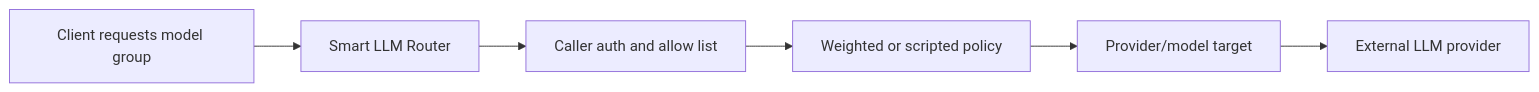
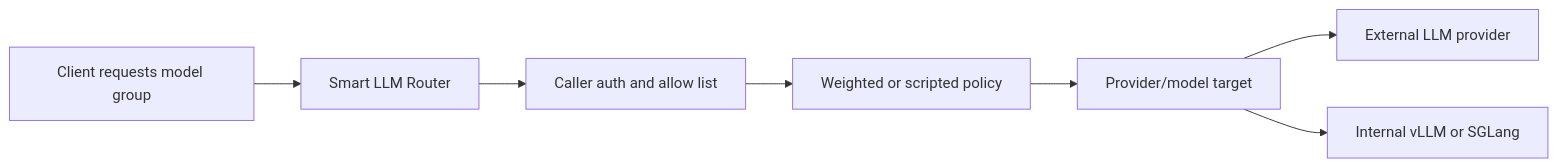
One commit to Metrum-AI-Products/genai-smart-router changed the diagram in docs-site/docs/overview.mdx. Above: the diagram before and after it, drawn with Mermaid. The commit also changed other lines of this file and 22 other files, not shown here.

````diff
--- a/docs-site/docs/overview.mdx
+++ b/docs-site/docs/overview.mdx
@@ -37,8 +38,9 @@
 ```mermaid
 flowchart LR
   Client[Client requests model group] --> Router[Smart LLM Router]
   Router --> Auth[Caller auth and allow list]
   Auth --> Policy[Weighted or scripted policy]
   Policy --> Target[Provider/model target]
   Target --> Provider[External LLM provider]
+  Target --> Internal[Internal vLLM or SGLang]
 ```
````
